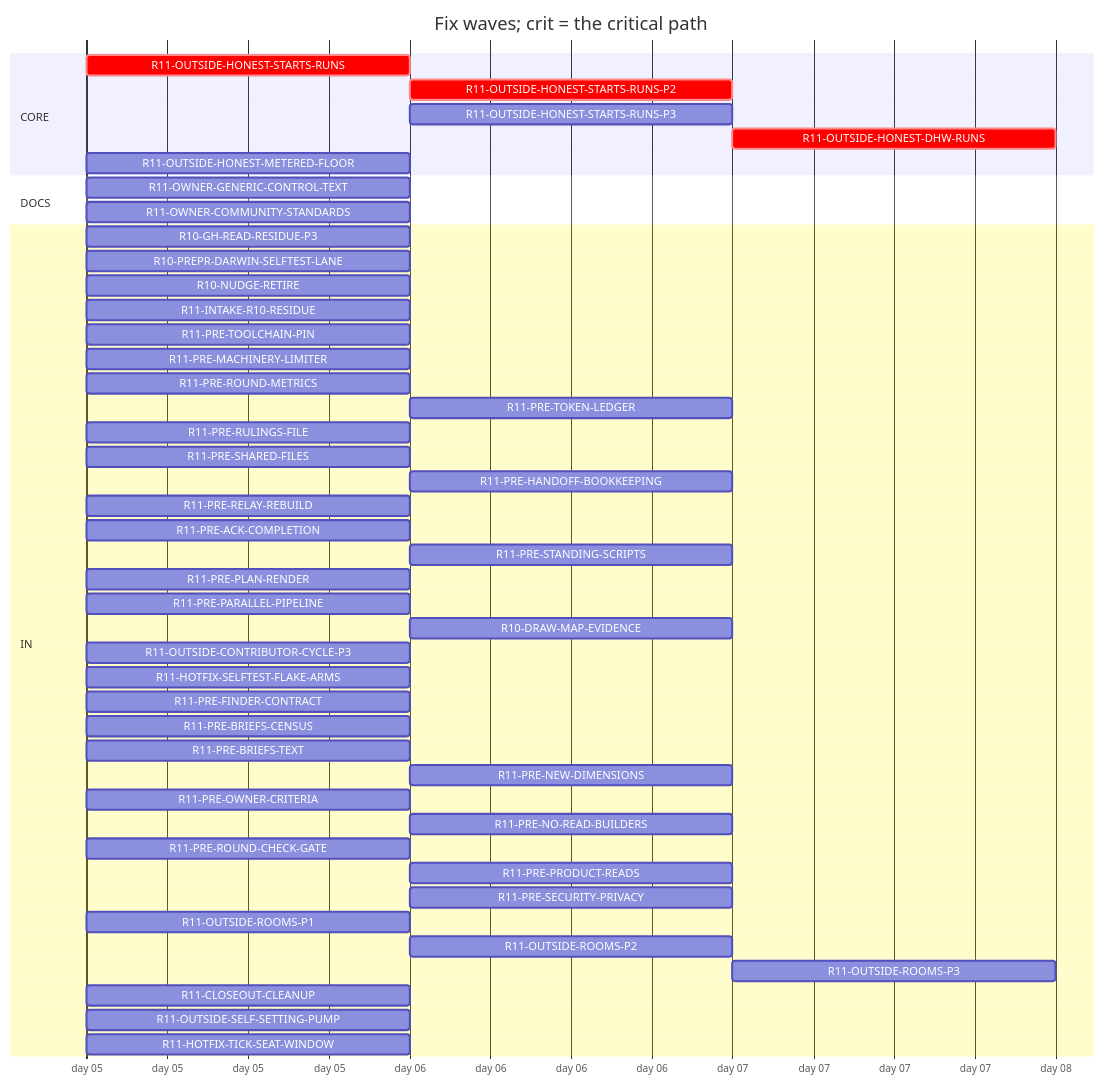
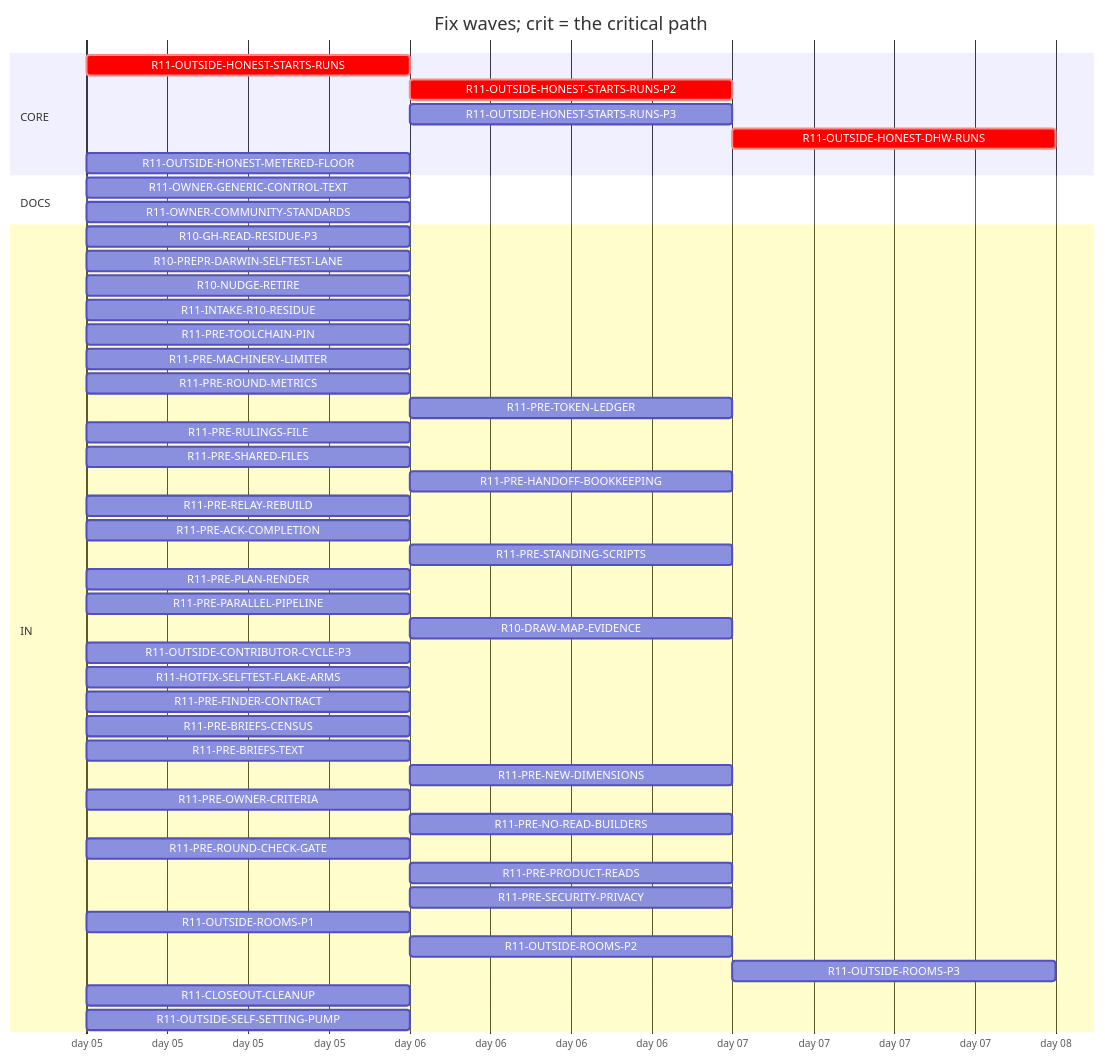
The diagram in handoff/round11/state/PLAN-TABLE.md (tvofi/heatpump_optimizer), drawn with Mermaid before and after one commit. The commit also changed other lines of this file and 4 other files, not shown here.

Commit message:
state: FLOW-BOARD.md, NEXT-SESSION-PROMPT.md, PLAN-TABLE.md, PLAN.html, RESUME-CURRENT.md regenerated (state_docs.py)

````diff
--- a/handoff/round11/state/PLAN-TABLE.md
+++ b/handoff/round11/state/PLAN-TABLE.md
@@ -16,50 +16,49 @@
 ```mermaid
 gantt
   title Fix waves; crit = the critical path
   dateFormat YYYY-MM-DD
   axisFormat day %d
   section CORE
     R11-OUTSIDE-HONEST-STARTS-RUNS :crit, r11OUTSIDEHONESTSTARTSRUNS, 2026-01-05, 1d
     R11-OUTSIDE-HONEST-STARTS-RUNS-P2 :crit, r11OUTSIDEHONESTSTARTSRUNSP2, after r11OUTSIDEHONESTSTARTSRUNS, 1d
     R11-OUTSIDE-HONEST-STARTS-RUNS-P3 :r11OUTSIDEHONESTSTARTSRUNSP3, after r11OUTSIDEHONESTSTARTSRUNS, 1d
     R11-OUTSIDE-HONEST-DHW-RUNS :crit, r11OUTSIDEHONESTDHWRUNS, after r11OUTSIDEHONESTSTARTSRUNS r11OUTSIDEHONESTSTARTSRUNSP2, 1d
     R11-OUTSIDE-HONEST-METERED-FLOOR :r11OUTSIDEHONESTMETEREDFLOOR, 2026-01-05, 1d
   section DOCS
     R11-OWNER-GENERIC-CONTROL-TEXT :r11OWNERGENERICCONTROLTEXT, 2026-01-05, 1d
     R11-OWNER-COMMUNITY-STANDARDS :r11OWNERCOMMUNITYSTANDARDS, 2026-01-05, 1d
   section IN
     R10-GH-READ-RESIDUE-P3 :r10GHREADRESIDUEP3, 2026-01-05, 1d
     R10-PREPR-DARWIN-SELFTEST-LANE :r10PREPRDARWINSELFTESTLANE, 2026-01-05, 1d
     R10-NUDGE-RETIRE :r10NUDGERETIRE, 2026-01-05, 1d
     R11-INTAKE-R10-RESIDUE :r11INTAKER10RESIDUE, 2026-01-05, 1d
     R11-PRE-TOOLCHAIN-PIN :r11PRETOOLCHAINPIN, 2026-01-05, 1d
     R11-PRE-MACHINERY-LIMITER :r11PREMACHINERYLIMITER, 2026-01-05, 1d
     R11-PRE-ROUND-METRICS :r11PREROUNDMETRICS, 2026-01-05, 1d
     R11-PRE-TOKEN-LEDGER :r11PRETOKENLEDGER, after r10GHREADRESIDUEP3, 1d
     R11-PRE-RULINGS-FILE :r11PRERULINGSFILE, 2026-01-05, 1d
     R11-PRE-SHARED-FILES :r11PRESHAREDFILES, 2026-01-05, 1d
     R11-PRE-HANDOFF-BOOKKEEPING :r11PREHANDOFFBOOKKEEPING, after r11PRERELAYREBUILD, 1d
     R11-PRE-RELAY-REBUILD :r11PRERELAYREBUILD, 2026-01-05, 1d
     R11-PRE-ACK-COMPLETION :r11PREACKCOMPLETION, 2026-01-05, 1d
     R11-PRE-STANDING-SCRIPTS :r11PRESTANDINGSCRIPTS, after r11PREPARALLELPIPELINE, 1d
     R11-PRE-PLAN-RENDER :r11PREPLANRENDER, 2026-01-05, 1d
     R11-PRE-PARALLEL-PIPELINE :r11PREPARALLELPIPELINE, 2026-01-05, 1d
     R10-DRAW-MAP-EVIDENCE :r10DRAWMAPEVIDENCE, after r11OUTSIDESELFSETTINGPUMP, 1d
     R11-OUTSIDE-CONTRIBUTOR-CYCLE-P3 :r11OUTSIDECONTRIBUTORCYCLEP3, 2026-01-05, 1d
     R11-HOTFIX-SELFTEST-FLAKE-ARMS :r11HOTFIXSELFTESTFLAKEARMS, 2026-01-05, 1d
     R11-PRE-FINDER-CONTRACT :r11PREFINDERCONTRACT, 2026-01-05, 1d
     R11-PRE-BRIEFS-CENSUS :r11PREBRIEFSCENSUS, 2026-01-05, 1d
     R11-PRE-BRIEFS-TEXT :r11PREBRIEFSTEXT, 2026-01-05, 1d
     R11-PRE-NEW-DIMENSIONS :r11PRENEWDIMENSIONS, after r11PREFINDERCONTRACT r11PREBRIEFSCENSUS, 1d
     R11-PRE-OWNER-CRITERIA :r11PREOWNERCRITERIA, 2026-01-05, 1d
     R11-PRE-NO-READ-BUILDERS :r11PRENOREADBUILDERS, after r11PREMACHINERYLIMITER, 1d
     R11-PRE-ROUND-CHECK-GATE :r11PREROUNDCHECKGATE, 2026-01-05, 1d
     R11-PRE-PRODUCT-READS :r11PREPRODUCTREADS, after r11PREBRIEFSCENSUS, 1d
     R11-PRE-SECURITY-PRIVACY :r11PRESECURITYPRIVACY, after r11PREFINDERCONTRACT r11PREBRIEFSCENSUS, 1d
     R11-OUTSIDE-ROOMS-P1 :r11OUTSIDEROOMSP1, 2026-01-05, 1d
     R11-OUTSIDE-ROOMS-P2 :r11OUTSIDEROOMSP2, after r11OUTSIDEROOMSP1, 1d
     R11-OUTSIDE-ROOMS-P3 :r11OUTSIDEROOMSP3, after r11OUTSIDEROOMSP2, 1d
     R11-CLOSEOUT-CLEANUP :r11CLOSEOUTCLEANUP, 2026-01-05, 1d
     R11-OUTSIDE-SELF-SETTING-PUMP :r11OUTSIDESELFSETTINGPUMP, 2026-01-05, 1d
-    R11-HOTFIX-TICK-SEAT-WINDOW :r11HOTFIXTICKSEATWINDOW, 2026-01-05, 1d
 ```
````
